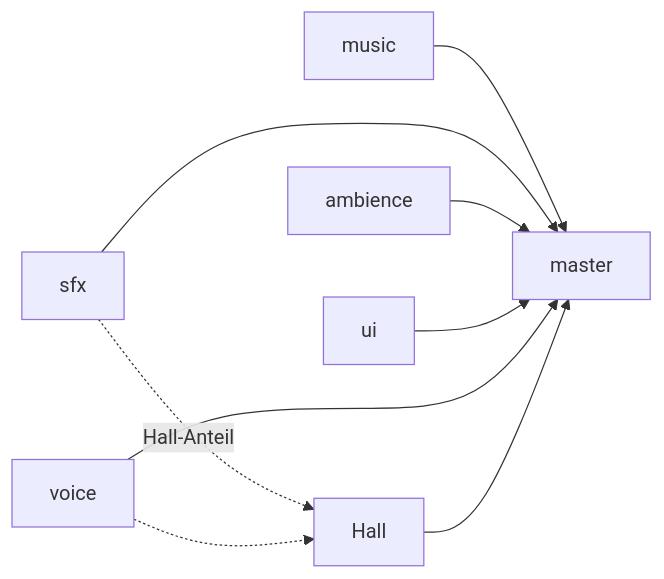
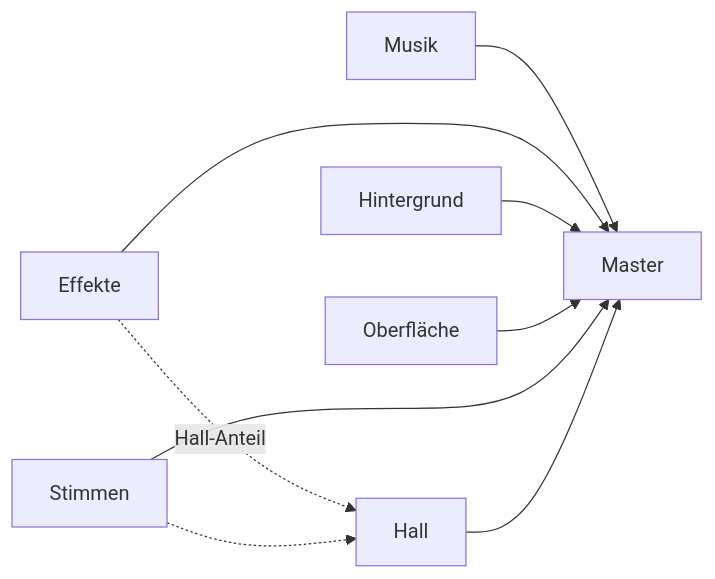
The diagram in kern/docs/buch-gruen/07-audio.md (ChristianHohlfeld/kernengine.de), drawn with Mermaid before and after one commit. The commit also changed other lines of this file and 22 other files, not shown here.

````diff
--- a/kern/docs/buch-gruen/07-audio.md
+++ b/kern/docs/buch-gruen/07-audio.md
@@ -109,11 +155,11 @@
 ```mermaid
 flowchart LR
-  M[music] --> MA[master]
-  S[sfx] --> MA
-  A[ambience] --> MA
-  U[ui] --> MA
-  V[voice] --> MA
+  M[Musik] --> MA[Master]
+  S[Effekte] --> MA
+  A[Hintergrund] --> MA
+  U[Oberfläche] --> MA
+  V[Stimmen] --> MA
   S -. Hall-Anteil .-> H[Hall]
   V -.-> H
   H --> MA
 ```
````
